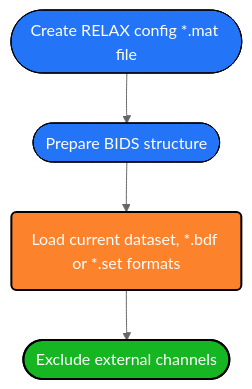
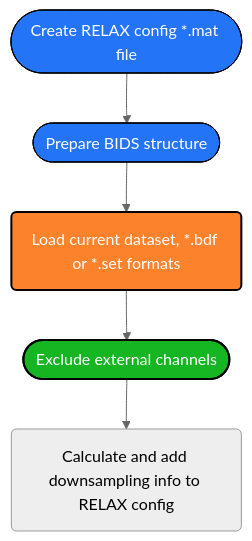
One commit to deebeebolger/Project_CeLaVie changed the diagram in Pipeline_Datafow_Chart.md. Above: the diagram before and after it, drawn with Mermaid (neutral theme).

Commit message:
Add downsampling info calculation to dataflow chart

````diff
--- a/Pipeline_Datafow_Chart.md
+++ b/Pipeline_Datafow_Chart.md
@@ -1,24 +1,26 @@
 ```mermaid
 flowchart TD
 %% Colors %%
 
 classDef blue fill:#2374f7, stroke:#000, stroke-width: px, color:#fff
 classDef orange fill:#fc822b,stroke:#000,stroke-width:2px,color:#fff
 classDef green fill:#16b522,stroke:#000,stroke-width:2px,color:#fff
 classDef mintgreen fill:#4DAB9A,stroke:#000,stroke-width:2px,color:#fff
 classDef mandarine fill:#FFA344,stroke:#000,stroke-width:2px,color:#fff
 classDef aubergine fill:#9A6DD7,stroke:#000,stroke-width:2px,color:#fff
 classDef red fill:#D44C47,stroke:#000,stroke-width:2px,color:#fff
 classDef grey fill:#979A9B,stroke:#000,stroke-width:2px,color:#fff
 
 
 Config([Create RELAX config *.mat file]):::blue -->
 BIDS([Prepare BIDS structure]):::blue
 click Config "https://github.com/deebeebolger/Project_CeLaVie/blob/main/DataflowChart_pages/Create_RELAX_conf_file.md" "Link"
 click BIDS "https://github.com/deebeebolger/Project_CeLaVie/blob/main/DataflowChart_pages/BIDS_structure.md" "Link"
 BIDS --> Ld(Load current dataset, *.bdf or *.set formats):::orange
 --> EXRej([Exclude external channels]):::green
 click EXRej "https://github.com/deebeebolger/Project_CeLaVie/blob/main/DataflowChart_pages/Exclude_external_chans.md" _blank
+EXRej --> AddRS(Calculate and add downsampling info to RELAX config)
+
 
 
 ```
````
